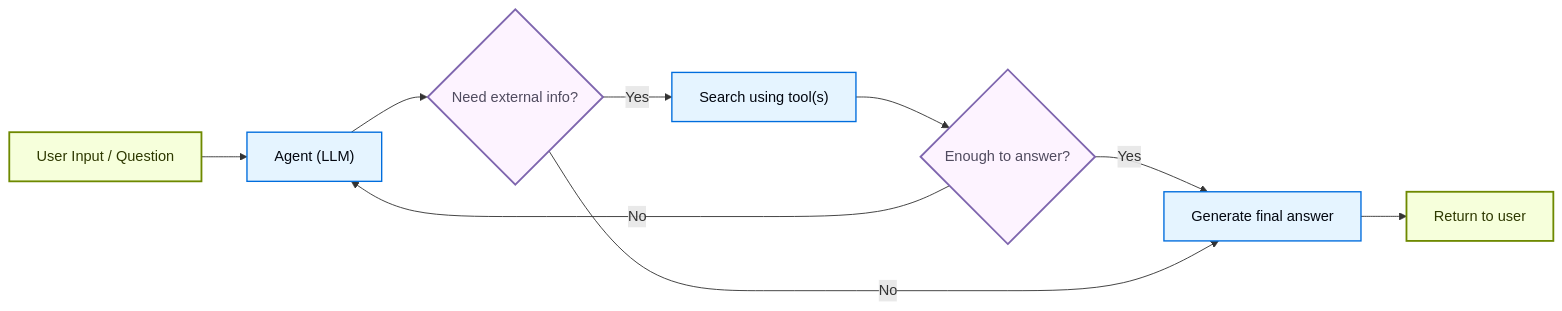
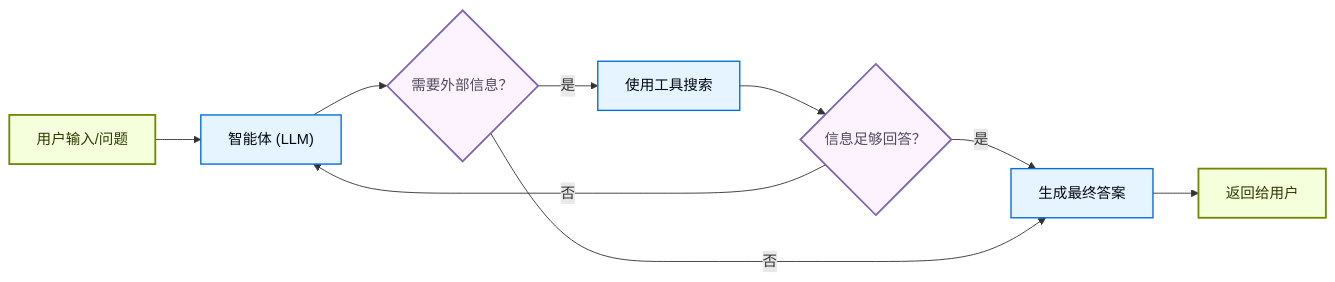
One commit to kunfan96/cndocs-langchain changed the third of 4 diagrams in oss/python/langchain/retrieval.mdx. Above: the diagram before and after it, drawn with Mermaid. The commit also changed other lines of this file and 2498 other files, not shown here.

````diff
--- a/oss/python/langchain/retrieval.mdx
+++ b/oss/python/langchain/retrieval.mdx
@@ -178,20 +178,20 @@
 ```mermaid
 graph LR
-    A[User Input / Question] --> B["Agent (LLM)"]
-    B --> C{Need external info?}
-    C -- Yes --> D["Search using tool(s)"]
-    D --> H{Enough to answer?}
-    H -- No --> B
-    H -- Yes --> I[Generate final answer]
-    C -- No --> I
-    I --> J[Return to user]
+    A[用户输入/问题] --> B["智能体 (LLM)"]
+    B --> C{需要外部信息？}
+    C -- 是 --> D["使用工具搜索"]
+    D --> H{信息足够回答？}
+    H -- 否 --> B
+    H -- 是 --> I[生成最终答案]
+    C -- 否 --> I
+    I --> J[返回给用户]
 
-    %% Dark-mode friendly styling
+    %% 深色模式友好的样式
     classDef startend fill:#F6FFDB,stroke:#6E8900,stroke-width:2px,color:#2E3900
     classDef decision fill:#FDF3FF,stroke:#7E65AE,stroke-width:2px,color:#504B5F
     classDef process fill:#E5F4FF,stroke:#006DDD,stroke-width:1.5px,color:#030710
 
     class A,J startend
     class B,D,I process
     class C,H decision
 ```
````
